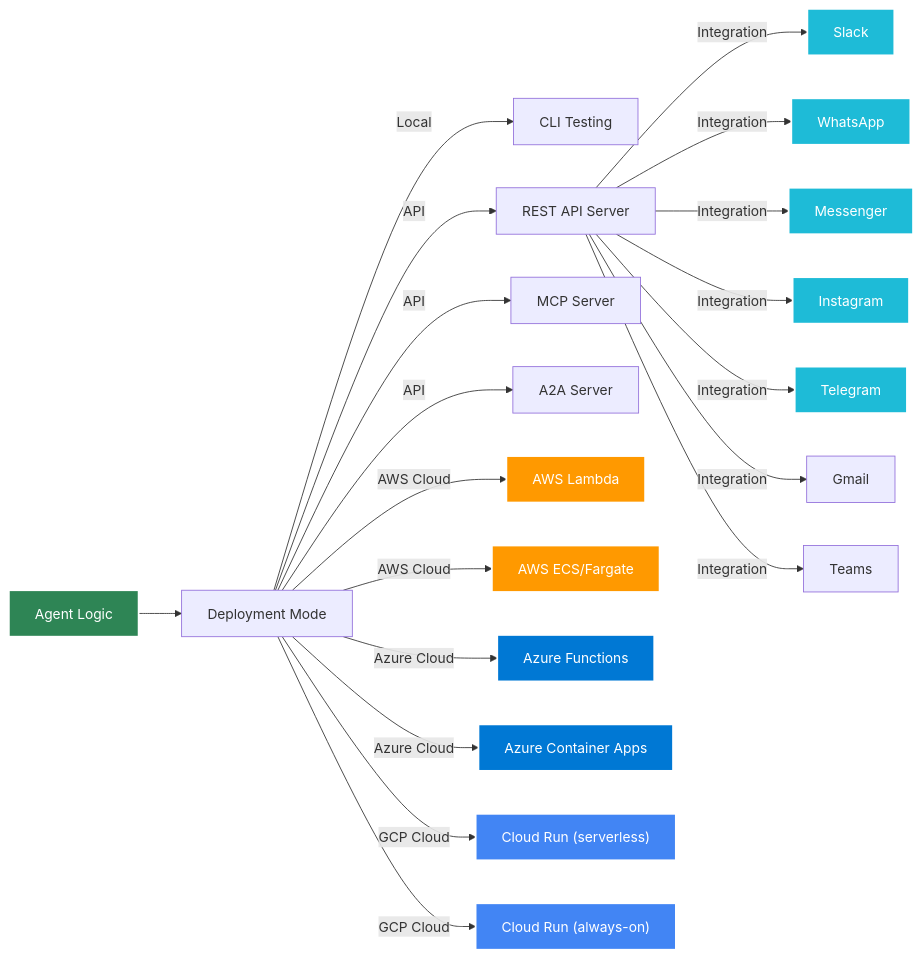
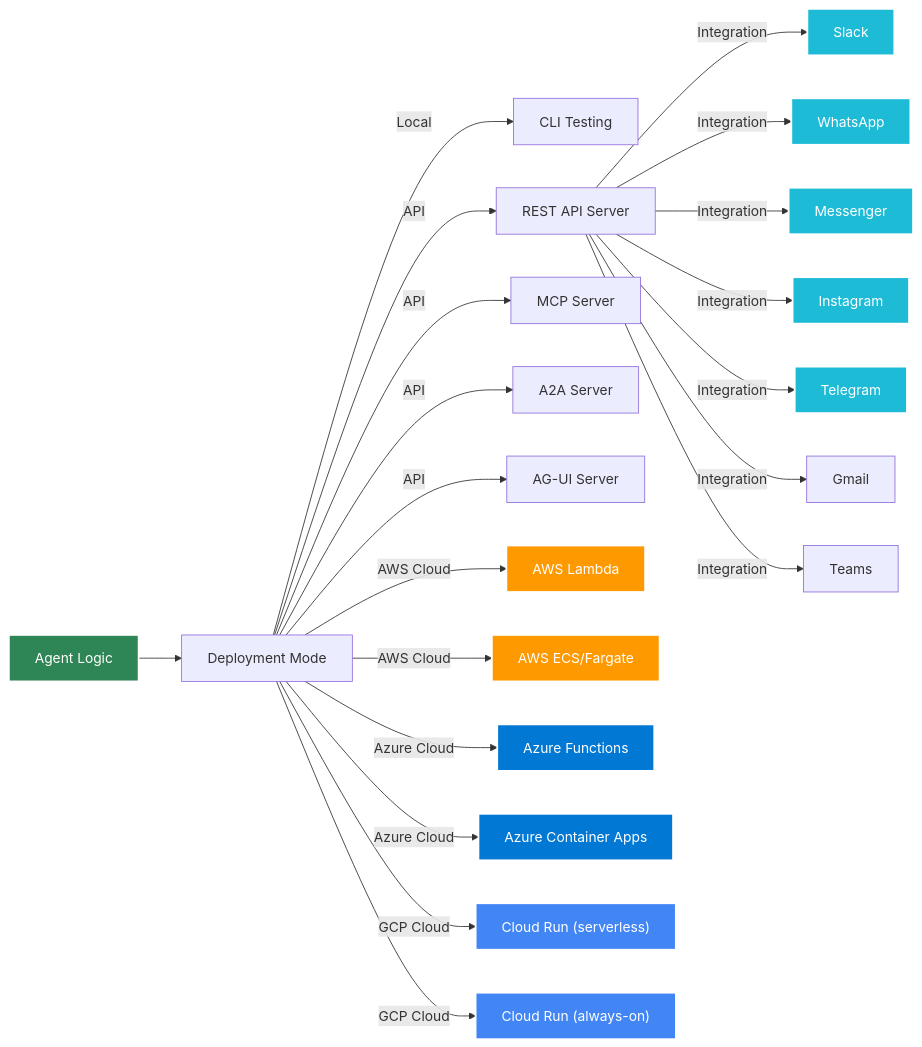
Before and after one commit to ChamuthuEdirisooriya/agent-kernel: the second of 2 diagrams in docs/docs/intro.md, drawn with Mermaid. The commit also changed other lines of this file and 10 other files, not shown here.

````diff
--- a/docs/docs/intro.md
+++ b/docs/docs/intro.md
@@ -208,28 +208,28 @@
 ```mermaid
 ---
 config:
   layout: dagre
   elk: true
 ---
 flowchart LR
     A["Agent Logic"] --> B["Deployment Mode"]
     B -- Local --> C["CLI Testing"]
-    B -- API --> D["REST API Server"] & G["MCP Server"] & H["A2A Server"]
+    B -- API --> D["REST API Server"] & G["MCP Server"] & H["A2A Server"] & U["AG-UI Server"]
     B -- AWS Cloud --> E["AWS Lambda"] & F["AWS ECS/Fargate"]
     B -- Azure Cloud --> K["Azure Functions"] & L["Azure Container Apps"]
     B -- GCP Cloud --> Q["Cloud Run (serverless)"] & R["Cloud Run (always-on)"]
     D -- Integration --> I["Slack"] & J["WhatsApp"] & M["Messenger"] & N["Instagram"] & O["Telegram"] & P["Gmail"] & T["Teams"]
 
     style A fill:#2e8555,stroke:#fff,stroke-width:2px,color:#fff
     style E fill:#FF9900,stroke:#fff,stroke-width:2px,color:#fff
     style F fill:#FF9900,stroke:#fff,stroke-width:2px,color:#fff
     style K fill:#0078D4,stroke:#fff,stroke-width:2px,color:#fff
     style L fill:#0078D4,stroke:#fff,stroke-width:2px,color:#fff
     style Q fill:#4285F4,stroke:#fff,stroke-width:2px,color:#fff
     style R fill:#4285F4,stroke:#fff,stroke-width:2px,color:#fff
     style I fill:#1ebbd7,stroke:#fff,stroke-width:2px,color:#fff
     style J fill:#1ebbd7,stroke:#fff,stroke-width:2px,color:#fff
     style M fill:#1ebbd7,stroke:#fff,stroke-width:2px,color:#fff
     style N fill:#1ebbd7,stroke:#fff,stroke-width:2px,color:#fff
     style O fill:#1ebbd7,stroke:#fff,stroke-width:2px,color:#fff
 ```
````
